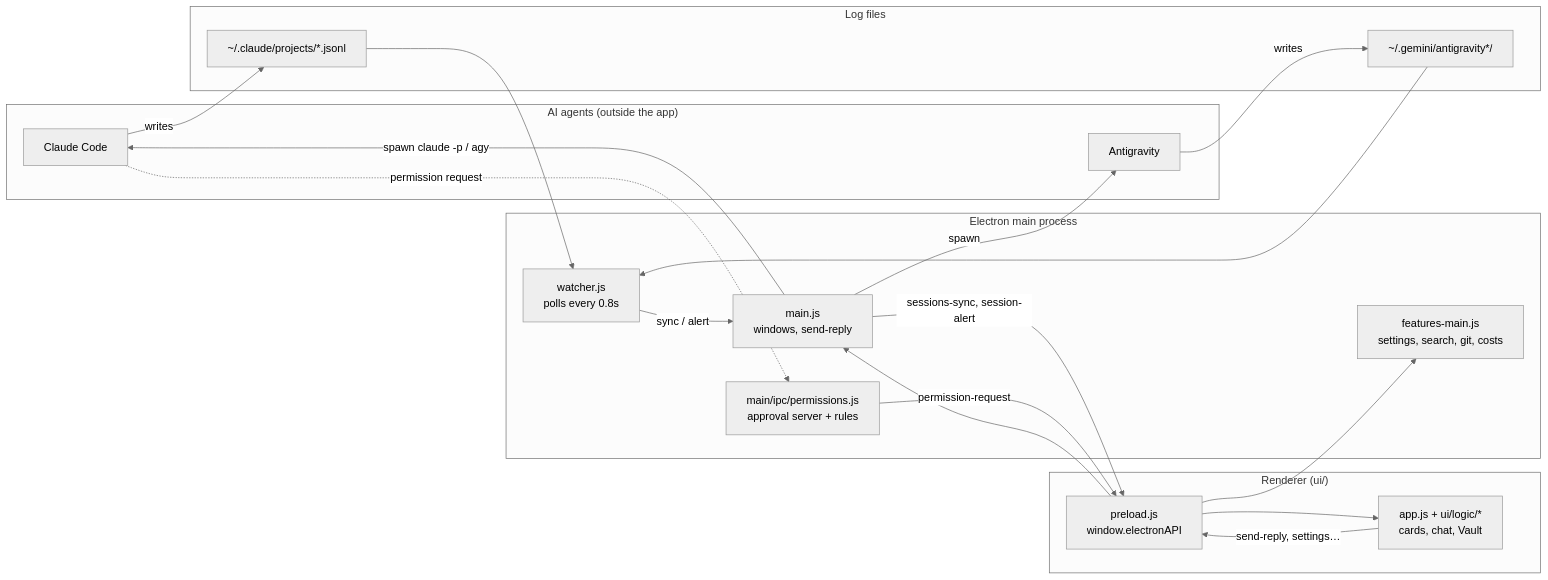
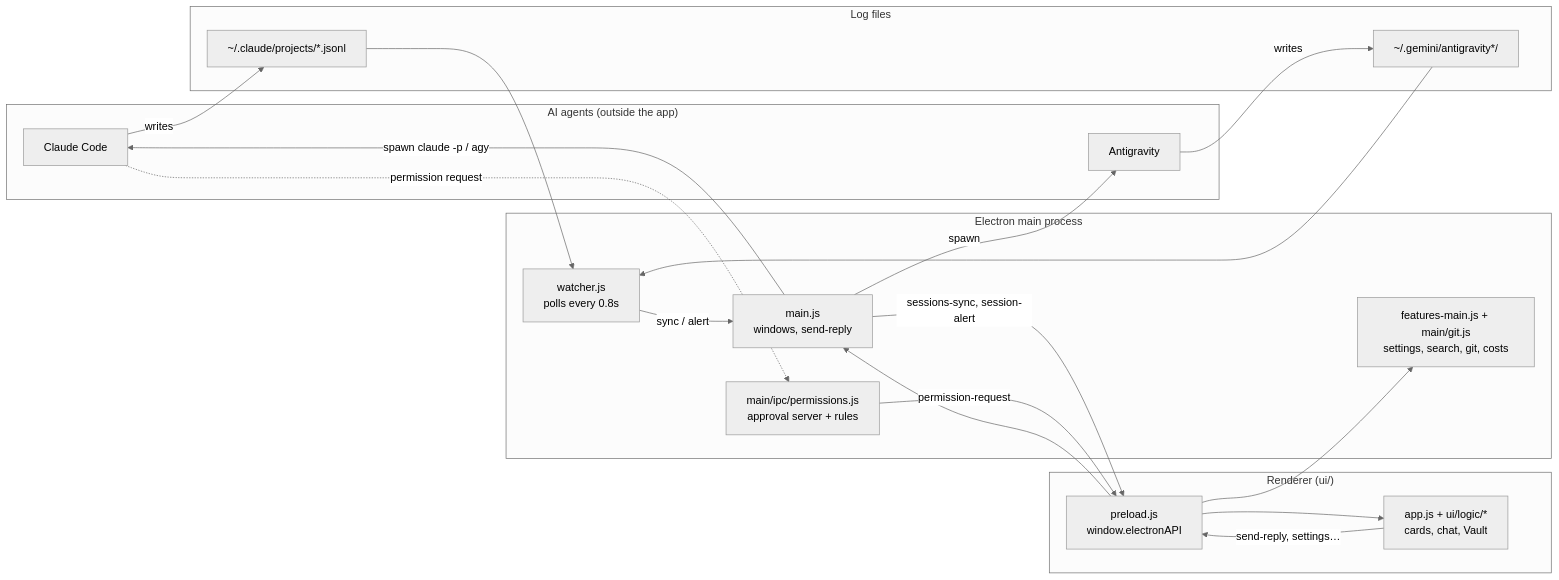
Before and after one commit to nuttaponkhamkul123/Claude-Windows-Classic-Shell-overlay: the first of 4 diagrams in docs/FLOW.md, drawn with Mermaid (neutral theme). The commit also changed other lines of this file and 19 other files, not shown here.

````diff
--- a/docs/FLOW.md
+++ b/docs/FLOW.md
@@ -7,33 +7,33 @@
 ```mermaid
 flowchart LR
   subgraph Agents["AI agents (outside the app)"]
     CC["Claude Code"]
     AG["Antigravity"]
   end
   subgraph Disk["Log files"]
     CL["~/.claude/projects/*.jsonl"]
     GL["~/.gemini/antigravity*/"]
   end
   subgraph Main["Electron main process"]
     W["watcher.js<br/>polls every 0.8s"]
     M["main.js<br/>windows, send-reply"]
     P["main/ipc/permissions.js<br/>approval server + rules"]
-    F["features-main.js<br/>settings, search, git, costs"]
+    F["features-main.js + main/git.js<br/>settings, search, git, costs"]
   end
   subgraph UI["Renderer (ui/)"]
     PL["preload.js<br/>window.electronAPI"]
     A["app.js + ui/logic/*<br/>cards, chat, Vault"]
   end
 
   CC -- writes --> CL
   AG -- writes --> GL
   CL --> W
   GL --> W
   W -- "sync / alert" --> M
   M -- "sessions-sync, session-alert" --> PL --> A
   A -- "send-reply, settings…" --> PL --> M
   PL --> F
   M -- "spawn claude -p / agy" --> CC
   M -- spawn --> AG
   CC -. "permission request" .-> P -- "permission-request" --> PL
 ```
````
